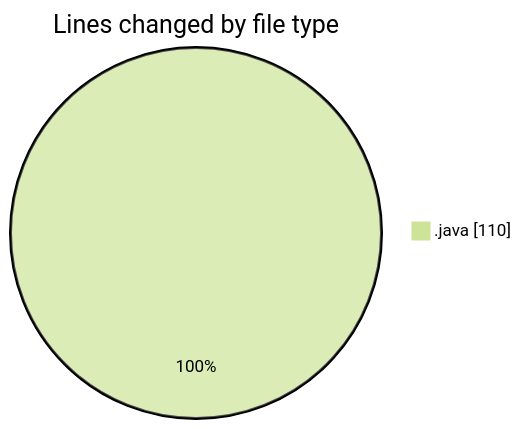
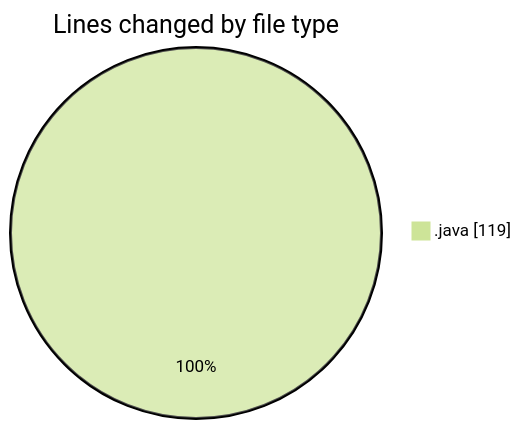
Before and after one commit to hasnaa123/code-tracking: the first of 2 diagrams in 2026-10-25/taskforge/README.md, drawn with Mermaid (forest theme). The commit also changed other lines of this file and 1 other file, not shown here.

````diff
--- a/2026-10-25/taskforge/README.md
+++ b/2026-10-25/taskforge/README.md
@@ -21,5 +21,5 @@
 ```mermaid
 pie showData
 title Lines changed by file type
-".java" : 110
+".java" : 119
 ```
````
